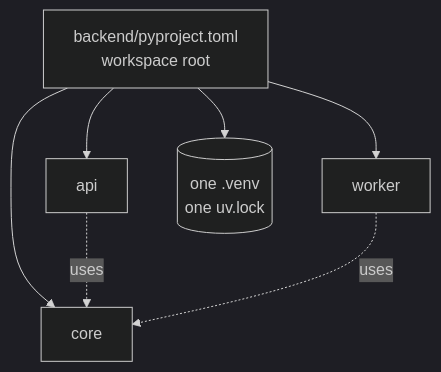
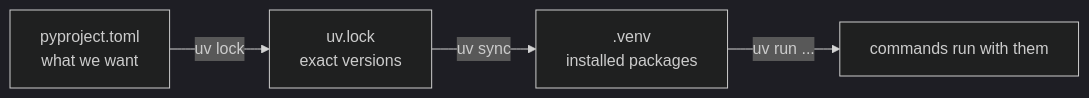
The third of 4 diagrams in docs/learning/tooling.md (yashzord/Docs_Copilot), drawn with Mermaid (dark theme) before and after one commit. The commit also changed other lines of this file and 17 other files, not shown here.

Commit message:
feat(api): stream Bedrock chat over SSE; flat backend layout; project brief

````diff
--- a/docs/learning/tooling.md
+++ b/docs/learning/tooling.md
@@ -86,9 +96,6 @@
 ```mermaid
-flowchart TB
-    R[backend/pyproject.toml<br/>workspace root] --> A[api]
-    R --> W[worker]
-    R --> C[core]
-    A -.uses.-> C
-    W -.uses.-> C
-    R --> V[(one .venv<br/>one uv.lock)]
+flowchart LR
+    P[pyproject.toml<br/>what we want] -->|uv lock| L[uv.lock<br/>exact versions]
+    L -->|uv sync| V[.venv<br/>installed packages]
+    V -->|uv run ...| R[commands run with them]
 ```
````
